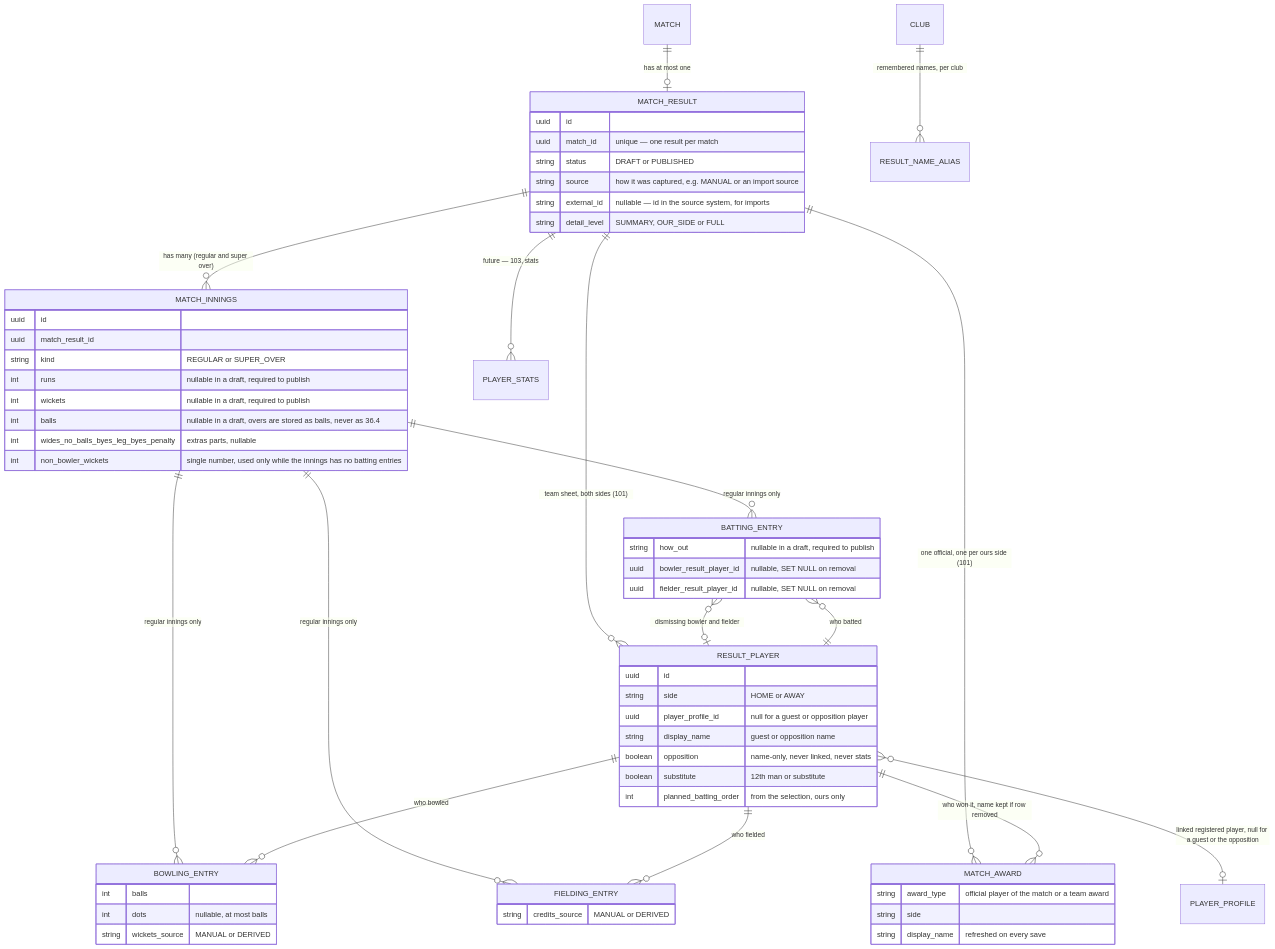
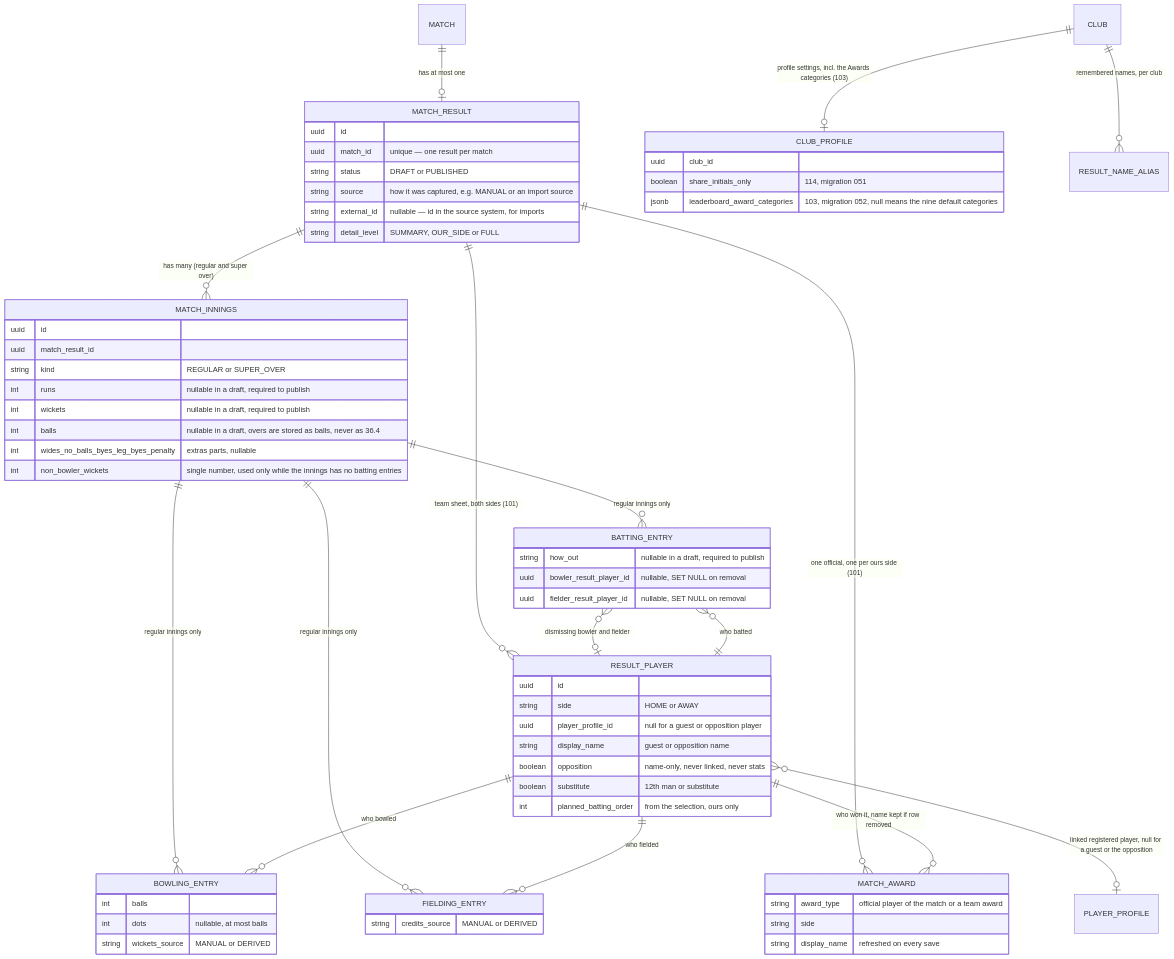
One commit to jakesvdw77/cricket-platform changed the fourth of 5 diagrams in docs/architecture.md. Above: the diagram before and after it, drawn with Mermaid. The commit also changed other lines of this file and 10 other files, not shown here.

First line of the commit message:
docs: statistics and leaderboards standards, architecture, roadmap and spec 103 as built

````diff
--- a/docs/architecture.md
+++ b/docs/architecture.md
@@ -125,64 +125,69 @@
 ```mermaid
 erDiagram
     MATCH ||--o| MATCH_RESULT : "has at most one"
     MATCH_RESULT ||--o{ MATCH_INNINGS : "has many (regular and super over)"
     MATCH_RESULT ||--o{ RESULT_PLAYER : "team sheet, both sides (101)"
     MATCH_RESULT ||--o{ MATCH_AWARD : "one official, one per ours side (101)"
     MATCH_INNINGS ||--o{ BATTING_ENTRY : "regular innings only"
     MATCH_INNINGS ||--o{ BOWLING_ENTRY : "regular innings only"
     MATCH_INNINGS ||--o{ FIELDING_ENTRY : "regular innings only"
     RESULT_PLAYER ||--o{ BATTING_ENTRY : "who batted"
     RESULT_PLAYER ||--o{ BOWLING_ENTRY : "who bowled"
     RESULT_PLAYER ||--o{ FIELDING_ENTRY : "who fielded"
     RESULT_PLAYER ||--o{ MATCH_AWARD : "who won it, name kept if row removed"
     RESULT_PLAYER }o--o| PLAYER_PROFILE : "linked registered player, null for a guest or the opposition"
     BATTING_ENTRY }o--o| RESULT_PLAYER : "dismissing bowler and fielder"
-    MATCH_RESULT ||--o{ PLAYER_STATS : "future — 103, stats"
+    CLUB ||--o| CLUB_PROFILE : "profile settings, incl. the Awards categories (103)"
     CLUB ||--o{ RESULT_NAME_ALIAS : "remembered names, per club"
 
     MATCH_RESULT {
         uuid id
         uuid match_id "unique — one result per match"
         string status "DRAFT or PUBLISHED"
         string source "how it was captured, e.g. MANUAL or an import source"
         string external_id "nullable — id in the source system, for imports"
         string detail_level "SUMMARY, OUR_SIDE or FULL"
     }
     MATCH_INNINGS {
         uuid id
         uuid match_result_id
         string kind "REGULAR or SUPER_OVER"
         int runs "nullable in a draft, required to publish"
         int wickets "nullable in a draft, required to publish"
         int balls "nullable in a draft, overs are stored as balls, never as 36.4"
         int wides_no_balls_byes_leg_byes_penalty "extras parts, nullable"
         int non_bowler_wickets "single number, used only while the innings has no batting entries"
     }
     RESULT_PLAYER {
         uuid id
         string side "HOME or AWAY"
         uuid player_profile_id "null for a guest or opposition player"
         string display_name "guest or opposition name"
         boolean opposition "name-only, never linked, never stats"
         boolean substitute "12th man or substitute"
         int planned_batting_order "from the selection, ours only"
     }
     BATTING_ENTRY {
         string how_out "nullable in a draft, required to publish"
         uuid bowler_result_player_id "nullable, SET NULL on removal"
         uuid fielder_result_player_id "nullable, SET NULL on removal"
     }
     BOWLING_ENTRY {
         int balls
         int dots "nullable, at most balls"
         string wickets_source "MANUAL or DERIVED"
     }
     FIELDING_ENTRY {
         string credits_source "MANUAL or DERIVED"
     }
     MATCH_AWARD {
         string award_type "official player of the match or a team award"
         string side
         string display_name "refreshed on every save"
     }
+    CLUB_PROFILE {
+        uuid club_id
+        boolean share_initials_only "114, migration 051"
+        jsonb leaderboard_award_categories "103, migration 052, null means the nine default categories"
+    }
 ```
````
